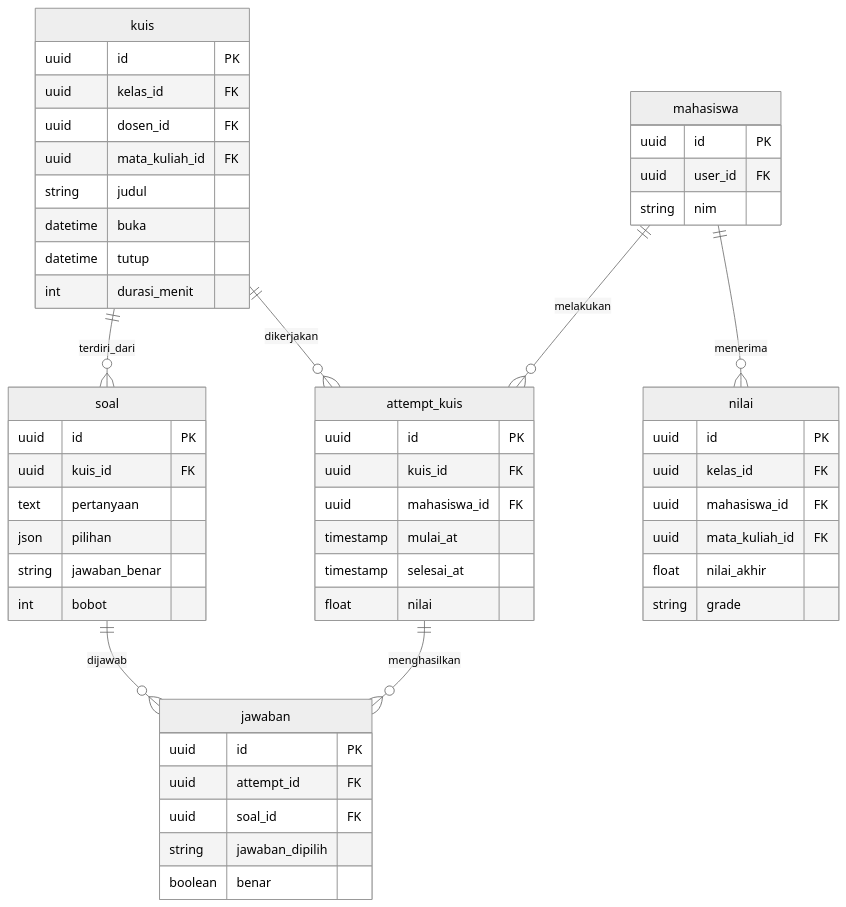
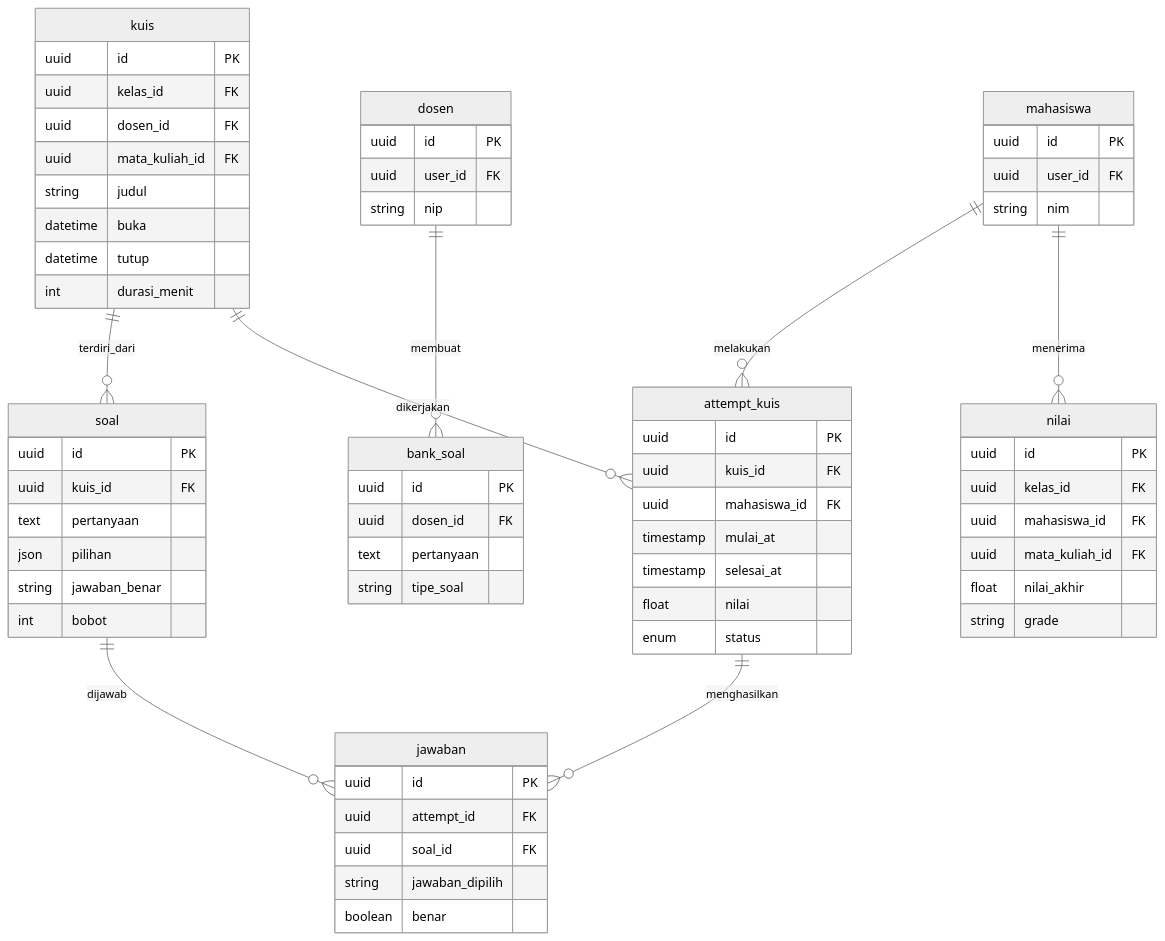
Before and after one commit to taufiq1285/sistem-pwa: the third of 7 diagrams in docs/ERD_BACKEND_MERMAID.md, drawn with Mermaid (neutral theme). The commit also changed other lines of this file and 151 other files, not shown here.

````diff
--- a/docs/ERD_BACKEND_MERMAID.md
+++ b/docs/ERD_BACKEND_MERMAID.md
@@ -117,55 +117,68 @@
 ```mermaid
 erDiagram
     kuis {
         uuid id PK
         uuid kelas_id FK
         uuid dosen_id FK
         uuid mata_kuliah_id FK
         string judul
         datetime buka
         datetime tutup
         int durasi_menit
     }
     soal {
         uuid id PK
         uuid kuis_id FK
         text pertanyaan
         json pilihan
         string jawaban_benar
         int bobot
     }
+    bank_soal {
+        uuid id PK
+        uuid dosen_id FK
+        text pertanyaan
+        string tipe_soal
+    }
     attempt_kuis {
         uuid id PK
         uuid kuis_id FK
         uuid mahasiswa_id FK
         timestamp mulai_at
         timestamp selesai_at
         float nilai
+        enum status
     }
     jawaban {
         uuid id PK
         uuid attempt_id FK
         uuid soal_id FK
         string jawaban_dipilih
         boolean benar
     }
     nilai {
         uuid id PK
         uuid kelas_id FK
         uuid mahasiswa_id FK
         uuid mata_kuliah_id FK
         float nilai_akhir
         string grade
     }
     mahasiswa {
         uuid id PK
         uuid user_id FK
         string nim
     }
+    dosen {
+        uuid id PK
+        uuid user_id FK
+        string nip
+    }
     kuis ||--o{ soal : terdiri_dari
     kuis ||--o{ attempt_kuis : dikerjakan
     mahasiswa ||--o{ attempt_kuis : melakukan
     attempt_kuis ||--o{ jawaban : menghasilkan
     soal ||--o{ jawaban : dijawab
     mahasiswa ||--o{ nilai : menerima
+    dosen ||--o{ bank_soal : membuat
 ```
````
